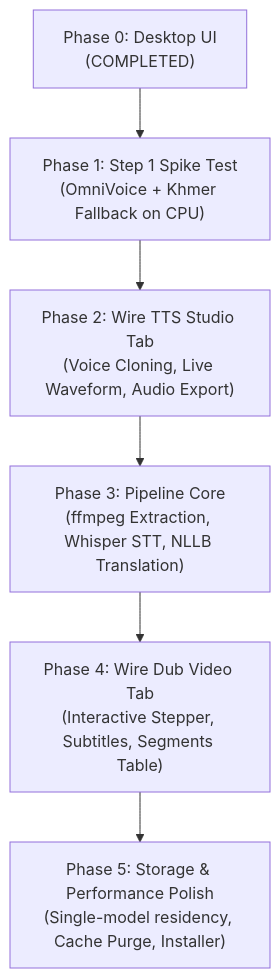
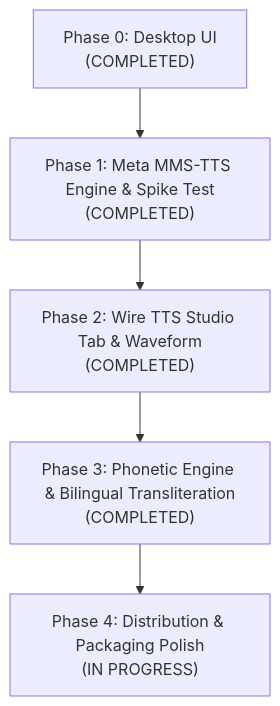
The diagram in implementation_plan.md (jackyjky123-ship-it/nesith_e5_dubbing), drawn with Mermaid before and after one commit. The commit also changed other lines of this file and 19 other files, not shown here.

First line of the commit message:
Remove OmniVoice and video dubbing; focus project on KhmerTTS studio

````diff
--- a/implementation_plan.md
+++ b/implementation_plan.md
@@ -57,8 +55,7 @@
 ```mermaid
 flowchart TD
-    P0["Phase 0: Desktop UI<br/>(COMPLETED)"] --> P1["Phase 1: Step 1 Spike Test<br/>(OmniVoice + Khmer Fallback on CPU)"]
-    P1 --> P2["Phase 2: Wire TTS Studio Tab<br/>(Voice Cloning, Live Waveform, Audio Export)"]
-    P2 --> P3["Phase 3: Pipeline Core<br/>(ffmpeg Extraction, Whisper STT, NLLB Translation)"]
-    P3 --> P4["Phase 4: Wire Dub Video Tab<br/>(Interactive Stepper, Subtitles, Segments Table)"]
-    P4 --> P5["Phase 5: Storage & Performance Polish<br/>(Single-model residency, Cache Purge, Installer)"]
+    P0["Phase 0: Desktop UI<br/>(COMPLETED)"] --> P1["Phase 1: Meta MMS-TTS Engine & Spike Test<br/>(COMPLETED)"]
+    P1 --> P2["Phase 2: Wire TTS Studio Tab & Waveform<br/>(COMPLETED)"]
+    P2 --> P3["Phase 3: Phonetic Engine & Bilingual Transliteration<br/>(COMPLETED)"]
+    P3 --> P4["Phase 4: Distribution & Packaging Polish<br/>(IN PROGRESS)"]
 ```
````
